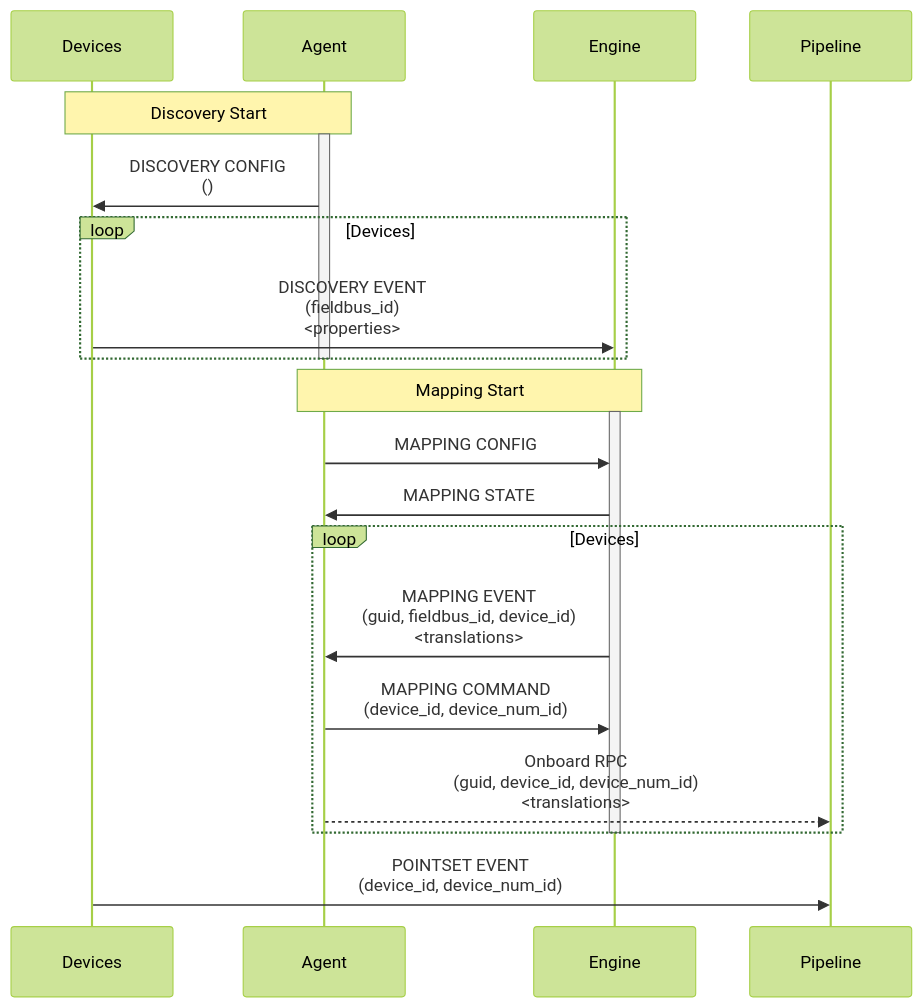
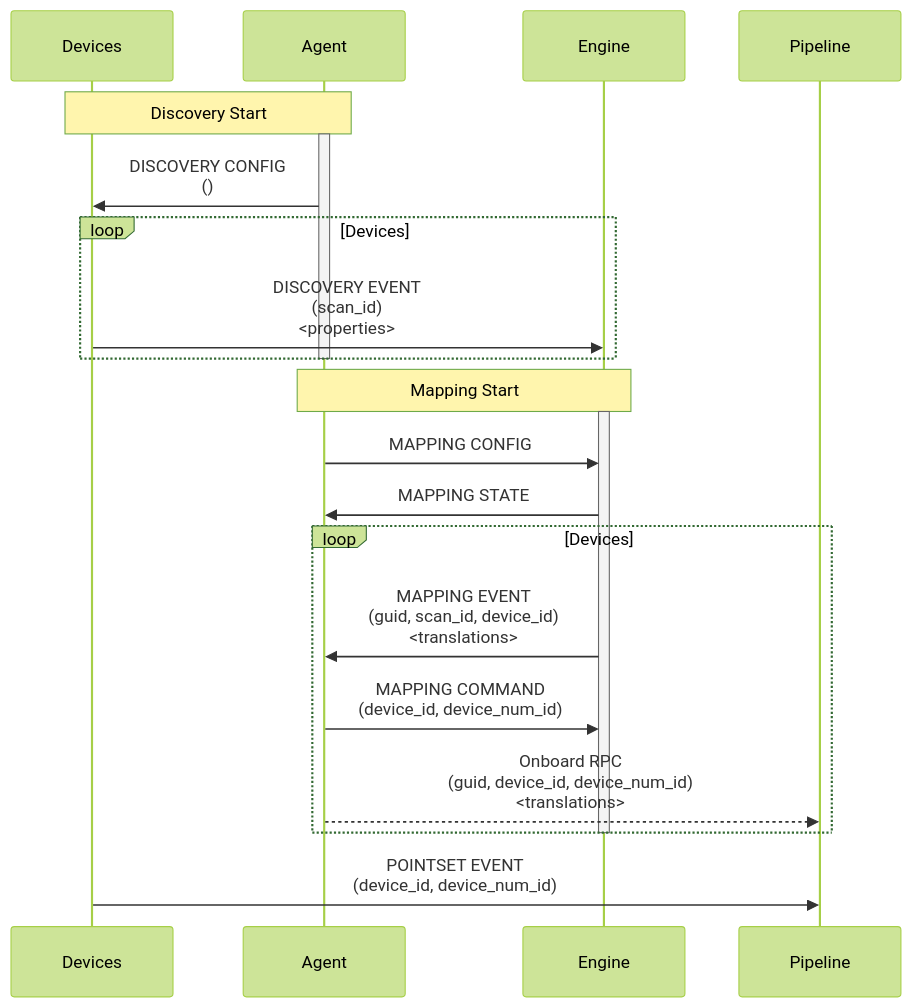
The diagram in docs/specs/mapping.md (faucetsdn/udmi), drawn with Mermaid (forest theme) before and after one commit. The commit also changed other lines of this file, not shown here.

Commit message:
Adjust to scan_id

````diff
--- a/docs/specs/mapping.md
+++ b/docs/specs/mapping.md
@@ -31,26 +24,26 @@
 ```mermaid
 sequenceDiagram
   %%{wrap}%%
   participant Devices
   participant Agent
   participant Engine
   participant Pipeline
   Note over Devices, Agent: Discovery Start
   activate Agent
   Agent->>Devices: DISCOVERY CONFIG<br/>()
   loop Devices
-    Devices->>Engine: DISCOVERY EVENT<br/>(fieldbus_id)<br/><properties>
+    Devices->>Engine: DISCOVERY EVENT<br/>(scan_id)<br/><properties>
   end
   deactivate Agent
   Note over Agent, Engine: Mapping Start
   activate Engine
   Agent->>Engine: MAPPING CONFIG
   Engine->>Agent: MAPPING STATE
   loop Devices
-    Engine->>Agent: MAPPING EVENT<br/>(guid, fieldbus_id, device_id)<br/><translations>
+    Engine->>Agent: MAPPING EVENT<br/>(guid, scan_id, device_id)<br/><translations>
     Agent->>Engine: MAPPING COMMAND<br/>(device_id, device_num_id)
     Agent-->>Pipeline: Onboard RPC<br/>(guid, device_id, device_num_id)<br/><translations>
   end
   deactivate Engine
   Devices->>Pipeline: POINTSET EVENT<br/>(device_id, device_num_id)
 ```
````
